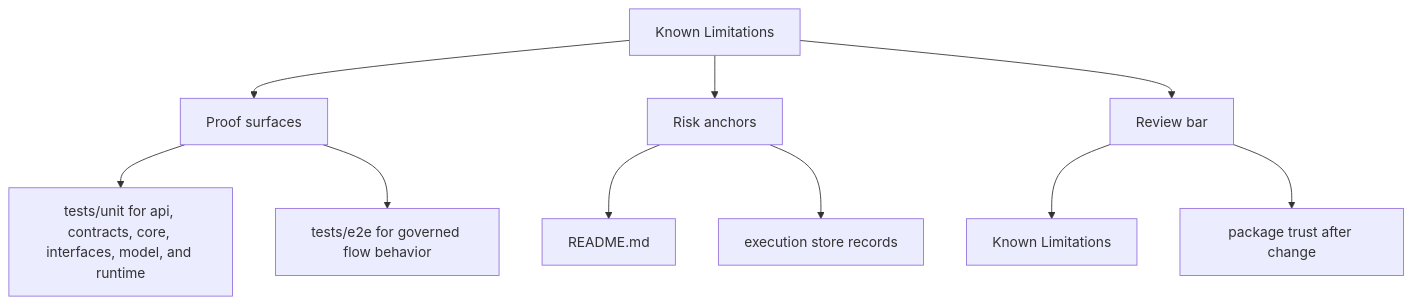
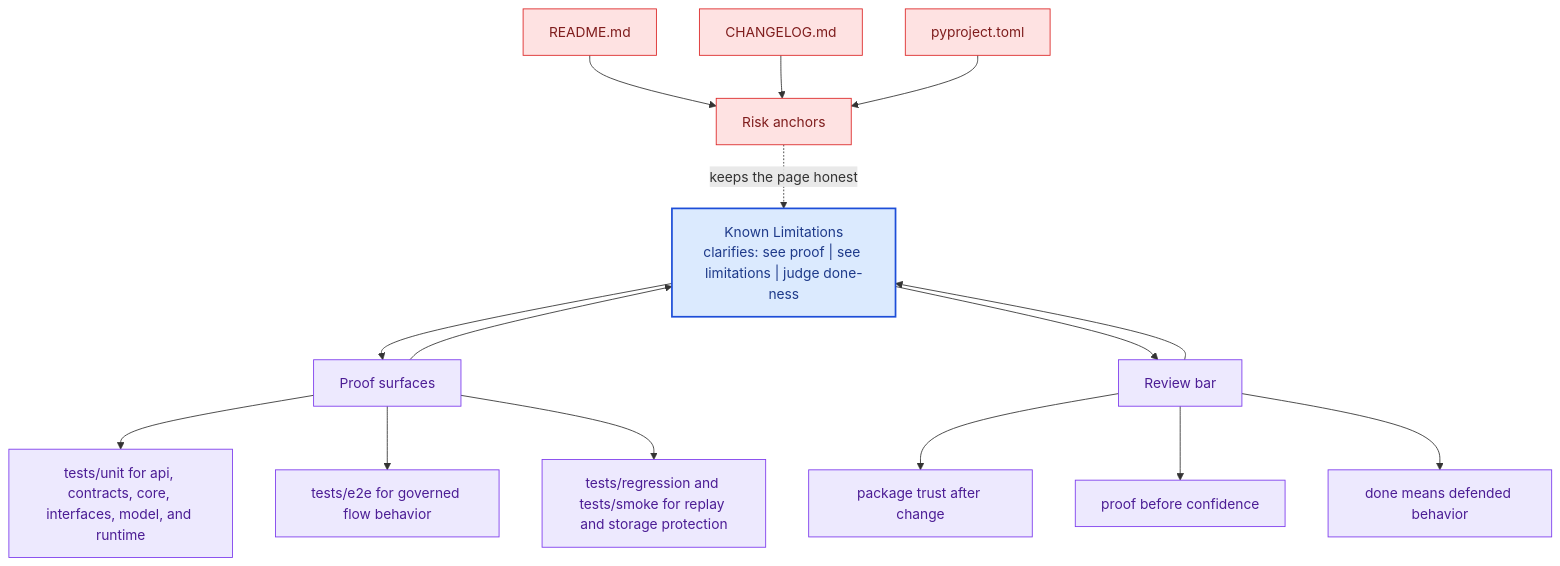
One commit to bijux/bijux-canon changed the second of 2 diagrams in docs/bijux-canon-runtime/quality/known-limitations.md. Above: the diagram before and after it, drawn with Mermaid. The commit also changed other lines of this file and 281 other files, not shown here.

Commit message:
docs(diagrams): deepen handbook mermaid maps across the catalog

````diff
--- a/docs/bijux-canon-runtime/quality/known-limitations.md
+++ b/docs/bijux-canon-runtime/quality/known-limitations.md
@@ -34,22 +67,41 @@
 ```mermaid
-flowchart TD
-    page["Known Limitations"]
+flowchart TB
+    promise["Known Limitations<br/>clarifies: see proof | see limitations | judge done-ness"]
+    classDef promise fill:#dbeafe,stroke:#1d4ed8,color:#1e3a8a,stroke-width:2px;
+    classDef driver fill:#dcfce7,stroke:#16a34a,color:#14532d;
+    classDef constraint fill:#fee2e2,stroke:#dc2626,color:#7f1d1d;
+    classDef ground fill:#ede9fe,stroke:#7c3aed,color:#4c1d95;
     focus1["Proof surfaces"]
-    page --> focus1
+    focus1 --> promise
+    promise --> focus1
     focus1_1["tests/unit for api, contracts, core, interfaces, model, and runtime"]
     focus1 --> focus1_1
     focus1_2["tests/e2e for governed flow behavior"]
     focus1 --> focus1_2
+    focus1_3["tests/regression and tests/smoke for replay and storage protection"]
+    focus1 --> focus1_3
+    class focus1 ground;
+    class focus1_1,focus1_2,focus1_3 ground;
     focus2["Risk anchors"]
-    page --> focus2
+    focus2 -.keeps the page honest.-> promise
     focus2_1["README.md"]
-    focus2 --> focus2_1
-    focus2_2["execution store records"]
-    focus2 --> focus2_2
+    focus2_1 --> focus2
+    focus2_2["CHANGELOG.md"]
+    focus2_2 --> focus2
+    focus2_3["pyproject.toml"]
+    focus2_3 --> focus2
+    class focus2 constraint;
+    class focus2_1,focus2_2,focus2_3 constraint;
     focus3["Review bar"]
-    page --> focus3
-    focus3_1["Known Limitations"]
+    focus3 --> promise
+    promise --> focus3
+    focus3_1["package trust after change"]
     focus3 --> focus3_1
-    focus3_2["package trust after change"]
+    focus3_2["proof before confidence"]
     focus3 --> focus3_2
+    focus3_3["done means defended behavior"]
+    focus3 --> focus3_3
+    class focus3 ground;
+    class focus3_1,focus3_2,focus3_3 ground;
+    class promise promise;
 ```
````
